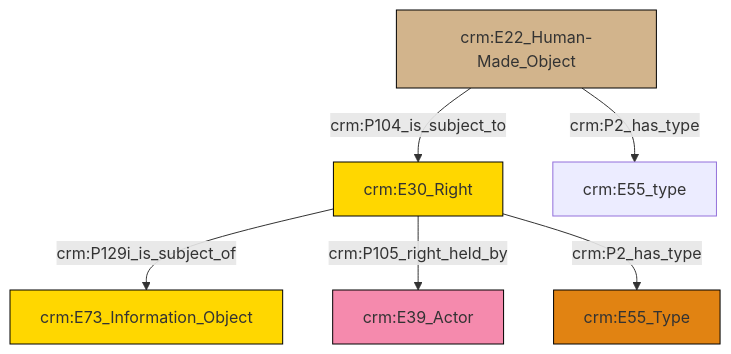
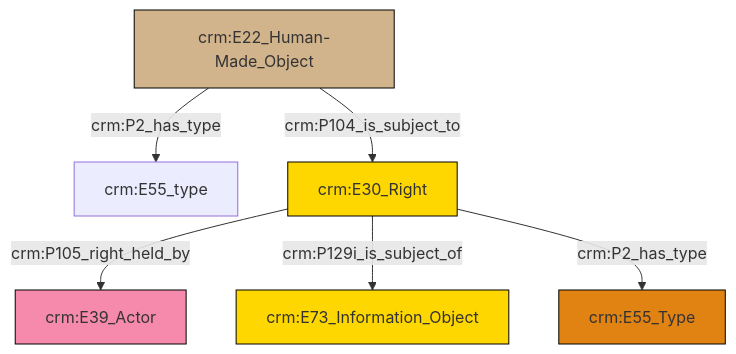
Before and after one commit to swiss-art-research-net/docs.swissartresearch: the diagram in et/builtWorkCSV/ttl/mmd/Built_Work_rights.ttl.mmd, drawn with Mermaid. The commit also changed 179 other files, not shown here.

```diff
--- a/et/builtWorkCSV/ttl/mmd/Built_Work_rights.ttl.mmd
+++ b/et/builtWorkCSV/ttl/mmd/Built_Work_rights.ttl.mmd
@@ -1,20 +1,20 @@
 graph TD
 classDef Literal fill:#f2f2f2,stroke:#000000;
 classDef CRM_Entity fill:#FFFFFF,stroke:#000000;
 classDef Temporal_Entity fill:#00C9E6, stroke:#000000;
 classDef Type fill:#E18312, stroke:#000000;
 classDef Time-Span fill:#2C9C91, stroke:#000000;
 classDef Appellation fill:#FFEB7F, stroke:#000000;
 classDef Place fill:#008836, stroke:#000000;
 classDef Persistent_Item fill:#B266B2, stroke:#000000;
 classDef Conceptual_Object fill:#FFD700, stroke:#000000;
 classDef Physical_Thing fill:#D2B48C, stroke:#000000;
 classDef Actor fill:#f58aad, stroke:#000000;
 classDef PC_Classes fill:#4ce600, stroke:#000000;
 classDef Multi fill:#cccccc,stroke:#000000;
 
-2["crm:E30_Right"]:::Conceptual_Object -->|crm:P129i_is_subject_of| 3["crm:E73_Information_Object"]:::Conceptual_Object
+8["crm:E30_Right"]:::Conceptual_Object -->|crm:P105_right_held_by| 9["crm:E39_Actor"]:::Actor
+0["crm:E22_Human-Made_Object"]:::Physical_Thing -->|crm:P104_is_subject_to| 8["crm:E30_Right"]:::Conceptual_Object
 0["crm:E22_Human-Made_Object"]:::Physical_Thing -->|crm:P2_has_type| 4["crm:E55_type"]:::Default
-2["crm:E30_Right"]:::Conceptual_Object -->|crm:P105_right_held_by| 5["crm:E39_Actor"]:::Actor
-0["crm:E22_Human-Made_Object"]:::Physical_Thing -->|crm:P104_is_subject_to| 2["crm:E30_Right"]:::Conceptual_Object
-2["crm:E30_Right"]:::Conceptual_Object -->|crm:P2_has_type| 8["crm:E55_Type"]:::Type
+8["crm:E30_Right"]:::Conceptual_Object -->|crm:P129i_is_subject_of| 2["crm:E73_Information_Object"]:::Conceptual_Object
+8["crm:E30_Right"]:::Conceptual_Object -->|crm:P2_has_type| 6["crm:E55_Type"]:::Type
```
